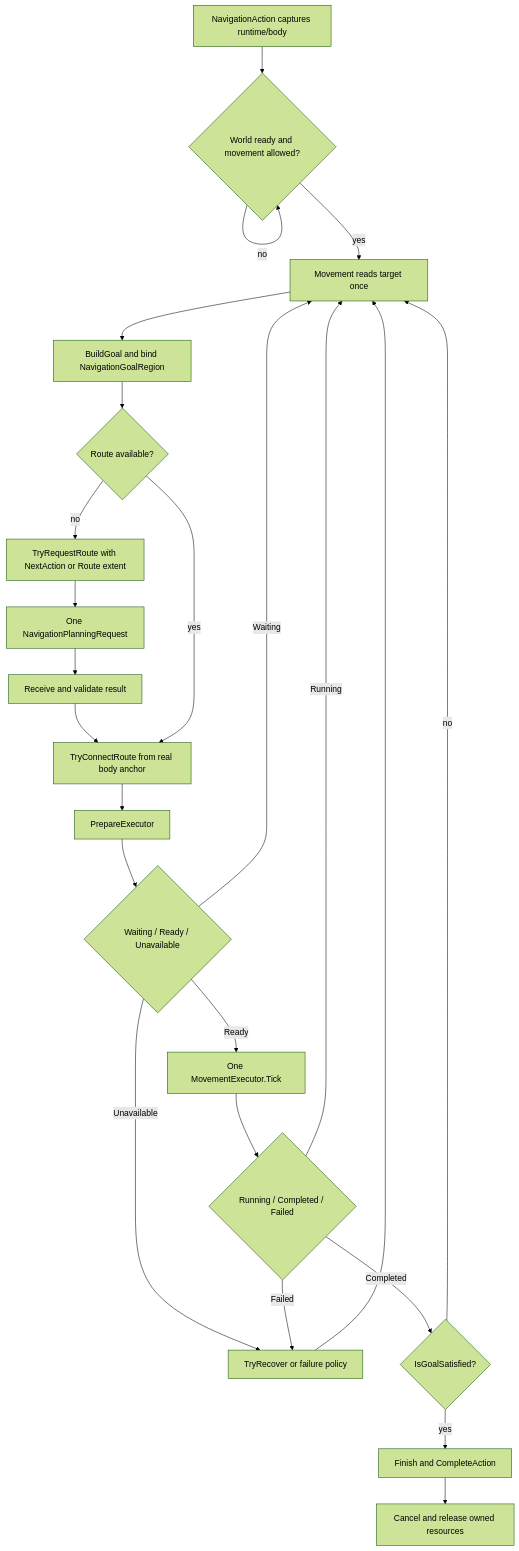
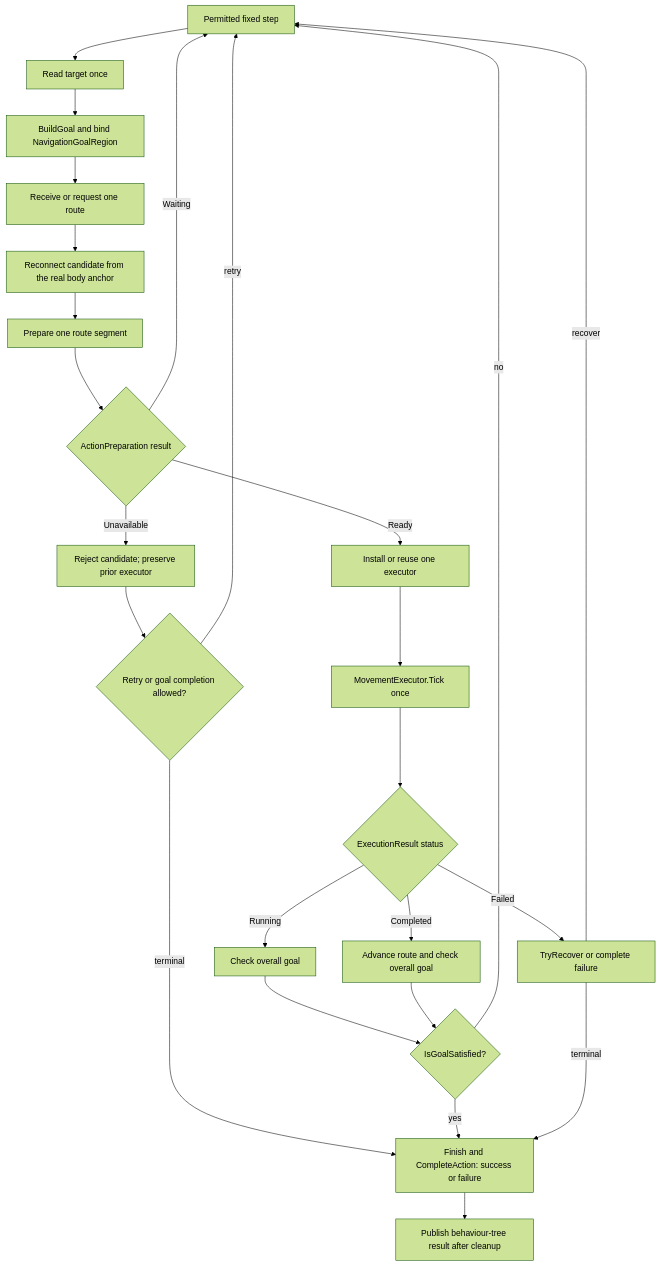
Before and after one commit to minerva-studio/aethiumian-ai: the second of 2 diagrams in Documentation~/navigation-action-lifecycle.md, drawn with Mermaid (forest theme). The commit also changed other lines of this file and 3 other files, not shown here.

````diff
--- a/Documentation~/navigation-action-lifecycle.md
+++ b/Documentation~/navigation-action-lifecycle.md
@@ -7,26 +31,27 @@
 ```mermaid
 flowchart TD
-    A[NavigationAction captures runtime/body] --> B{World ready and movement allowed?}
-    B -- no --> B
-    B -- yes --> C[Movement reads target once]
-    C --> D[BuildGoal and bind NavigationGoalRegion]
-    D --> E{Route available?}
-    E -- no --> F[TryRequestRoute with NextAction or Route extent]
-    F --> G[One NavigationPlanningRequest]
-    G --> H[Receive and validate result]
-    H --> I[TryConnectRoute from real body anchor]
-    E -- yes --> I
-    I --> J[PrepareExecutor]
-    J --> K{Waiting / Ready / Unavailable}
-    K -- Waiting --> C
-    K -- Ready --> L[One MovementExecutor.Tick]
-    K -- Unavailable --> M[TryRecover or failure policy]
-    L --> N{Running / Completed / Failed}
-    N -- Running --> C
-    N -- Completed --> O{IsGoalSatisfied?}
-    N -- Failed --> M
-    O -- no --> C
-    O -- yes --> P[Finish and CompleteAction]
-    M --> C
-    P --> Q[Cancel and release owned resources]
+    A[Permitted fixed step] --> B[Read target once]
+    B --> C[BuildGoal and bind NavigationGoalRegion]
+    C --> D[Receive or request one route]
+    D --> E[Reconnect candidate from the real body anchor]
+    E --> F[Prepare one route segment]
+    F --> G{ActionPreparation result}
+    G -- Waiting --> A
+    G -- Unavailable --> H[Reject candidate; preserve prior executor]
+    H --> I{Retry or goal completion allowed?}
+    I -- retry --> A
+    I -- terminal --> N["Finish and CompleteAction: success or failure"]
+    G -- Ready --> J[Install or reuse one executor]
+    J --> K[MovementExecutor.Tick once]
+    K --> L{ExecutionResult status}
+    L -- Running --> M[Check overall goal]
+    L -- Completed --> O[Advance route and check overall goal]
+    M --> P{IsGoalSatisfied?}
+    O --> P
+    P -- no --> A
+    P -- yes --> N
+    L -- Failed --> Q[TryRecover or complete failure]
+    Q -- recover --> A
+    Q -- terminal --> N
+    N --> R[Publish behaviour-tree result after cleanup]
 ```
````
